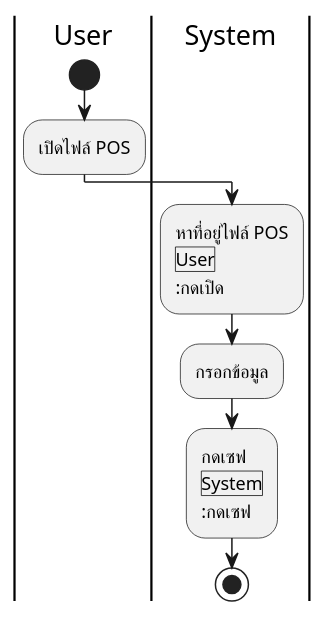
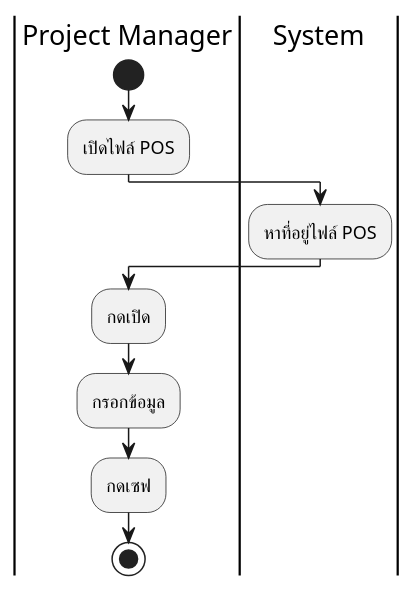
One commit to Meenkonlapat/RPA-Project changed the diagram in User Activity/Process 1 Generate POS/u2-put data in excel.wsd. Above: the diagram before and after it, drawn with PlantUML. The commit also changed 5 other files, not shown here.

```diff
--- a/User Activity/Process 1 Generate POS/u2-put data in excel.wsd
+++ b/User Activity/Process 1 Generate POS/u2-put data in excel.wsd
@@ -1,14 +1,12 @@
 @startuml
-|User|
+|Project Manager|
 start
 :เปิดไฟล์ POS;
 |System|
-:หาที่อยู่ไฟล์ POS
-|User|
+:หาที่อยู่ไฟล์ POS;
+|Project Manager|
 :กดเปิด;
 :กรอกข้อมูล;
-:กดเซฟ
-|System|
 :กดเซฟ;
 stop
 @enduml
```
